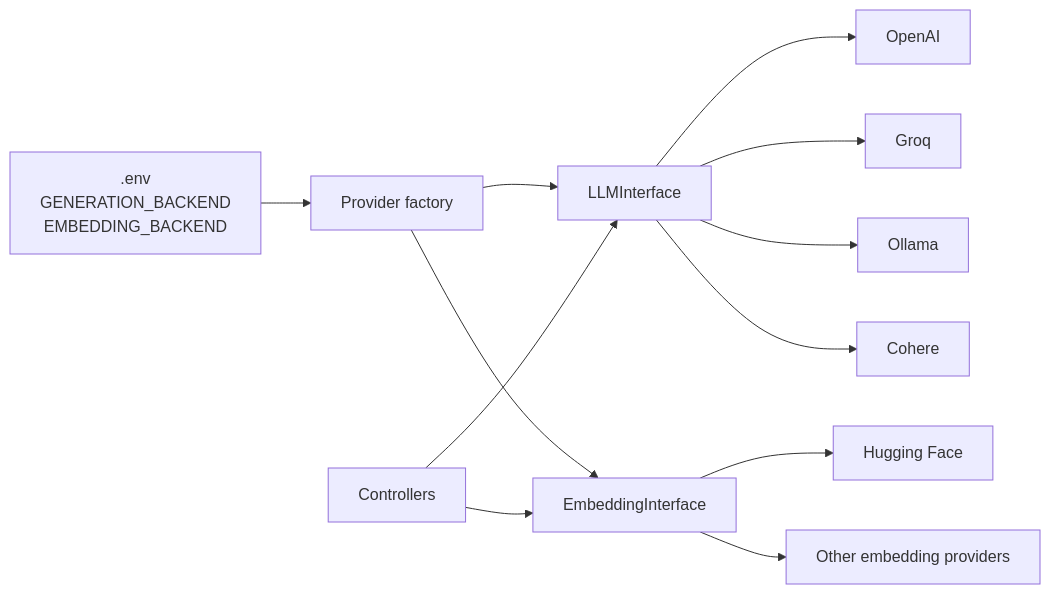
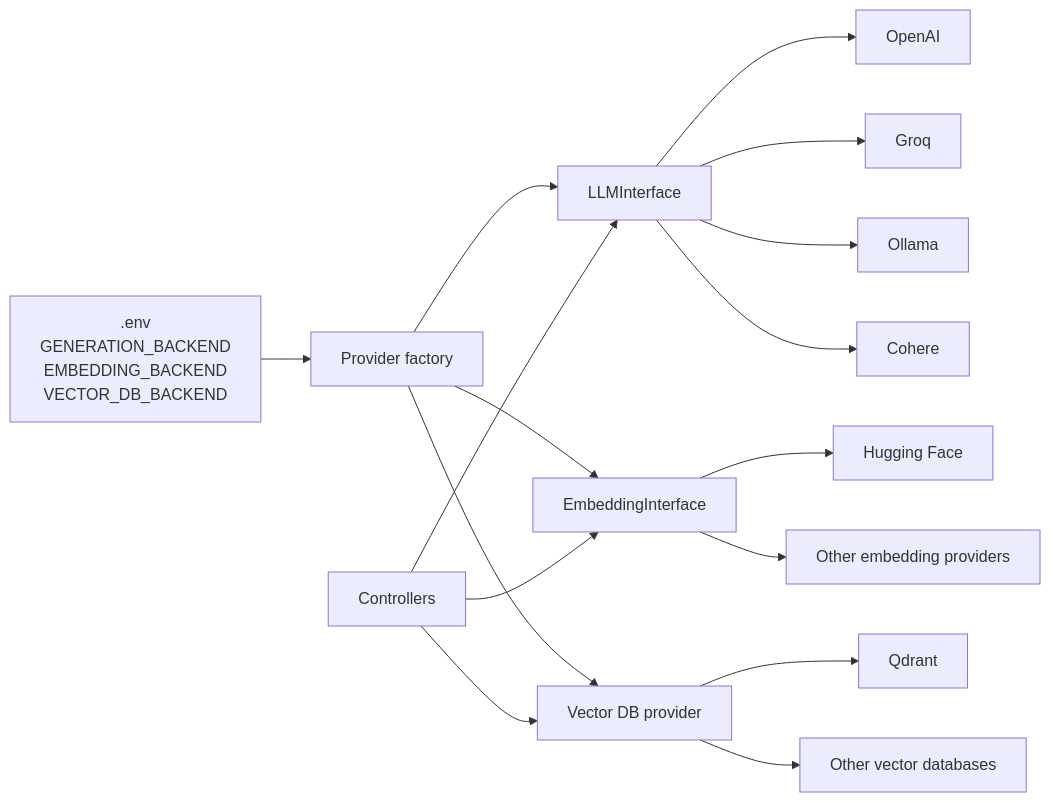
Before and after one commit to alim9hamed/Agenatic_Assistant_Doctor: the first of 3 diagrams in README.md, drawn with Mermaid. The commit also changed other lines of this file, not shown here.

````diff
--- a/README.md
+++ b/README.md
@@ -100,14 +100,18 @@
 ```mermaid
 flowchart LR
-    ENV[".env<br/>GENERATION_BACKEND<br/>EMBEDDING_BACKEND"] --> F["Provider factory"]
+    ENV[".env<br/>GENERATION_BACKEND<br/>EMBEDDING_BACKEND<br/>VECTOR_DB_BACKEND"] --> F["Provider factory"]
     F --> LI["LLMInterface"]
     F --> EI["EmbeddingInterface"]
+    F --> VI["Vector DB provider"]
     LI --> L1["OpenAI"]
     LI --> L2["Groq"]
     LI --> L3["Ollama"]
     LI --> L4["Cohere"]
     EI --> E1["Hugging Face"]
     EI --> E2["Other embedding providers"]
+    VI --> V1["Qdrant"]
+    VI --> V2["Other vector databases"]
     C["Controllers"] --> LI
     C --> EI
+    C --> VI
 ```
````
